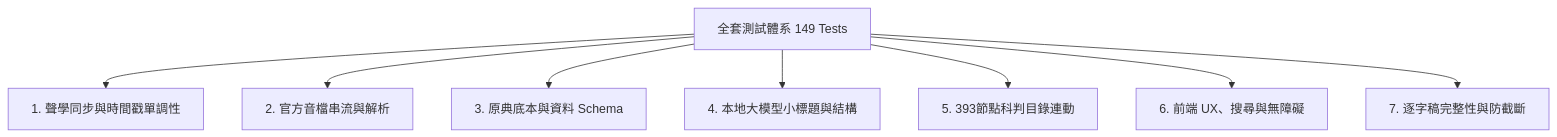
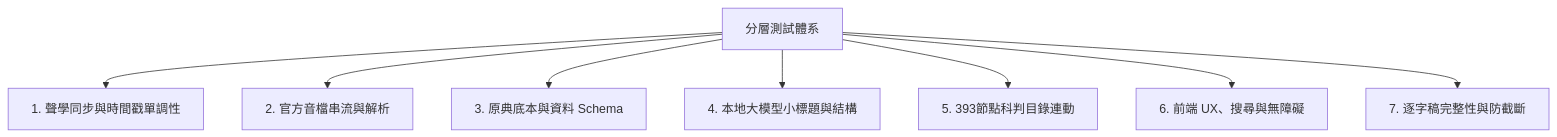
One commit to huanruilee/Transcriptions changed the diagram in TESTING.md. Above: the diagram before and after it, drawn with Mermaid. The commit also changed other lines of this file and 9 other files, not shown here.

````diff
--- a/TESTING.md
+++ b/TESTING.md
@@ -9,10 +9,10 @@
 ```mermaid
 graph TD
-    A[全套測試體系 149 Tests] --> B[1. 聲學同步與時間戳單調性]
+    A[分層測試體系] --> B[1. 聲學同步與時間戳單調性]
     A --> C[2. 官方音檔串流與解析]
     A --> D[3. 原典底本與資料 Schema]
     A --> E[4. 本地大模型小標題與結構]
     A --> F[5. 393節點科判目錄連動]
     A --> G[6. 前端 UX、搜尋與無障礙]
     A --> H[7. 逐字稿完整性與防截斷]
 ```
````
